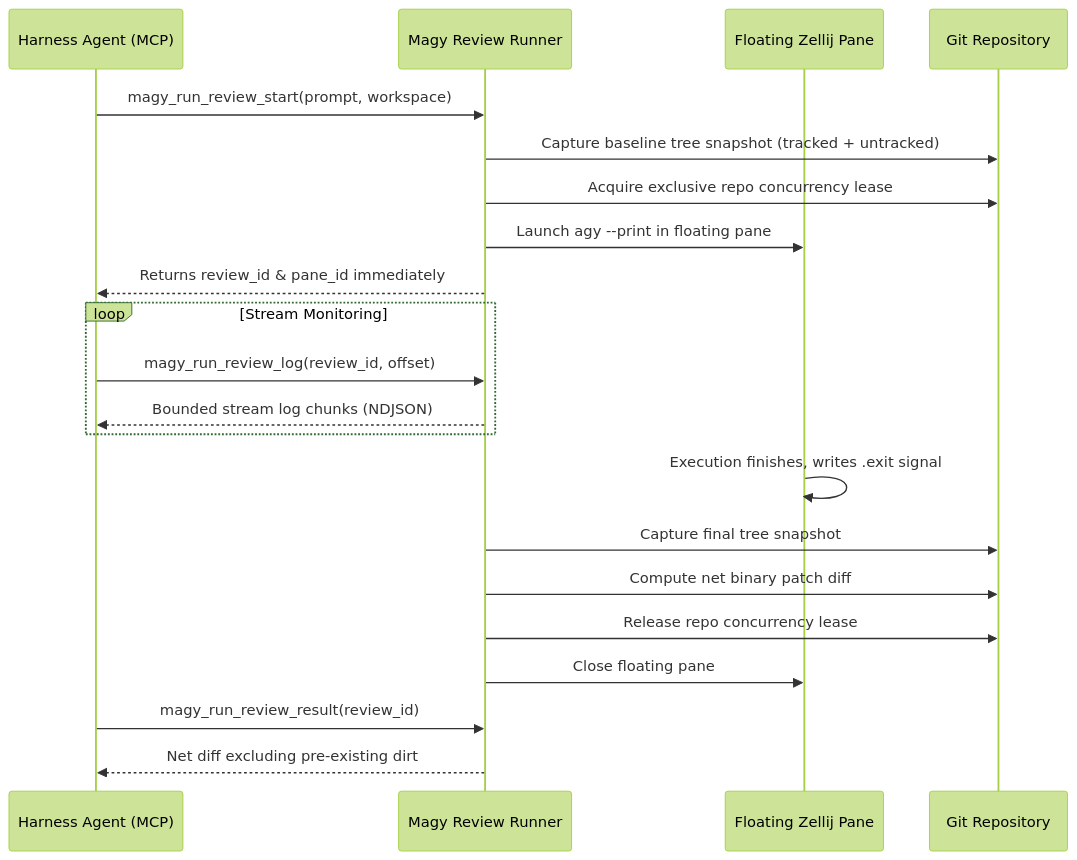
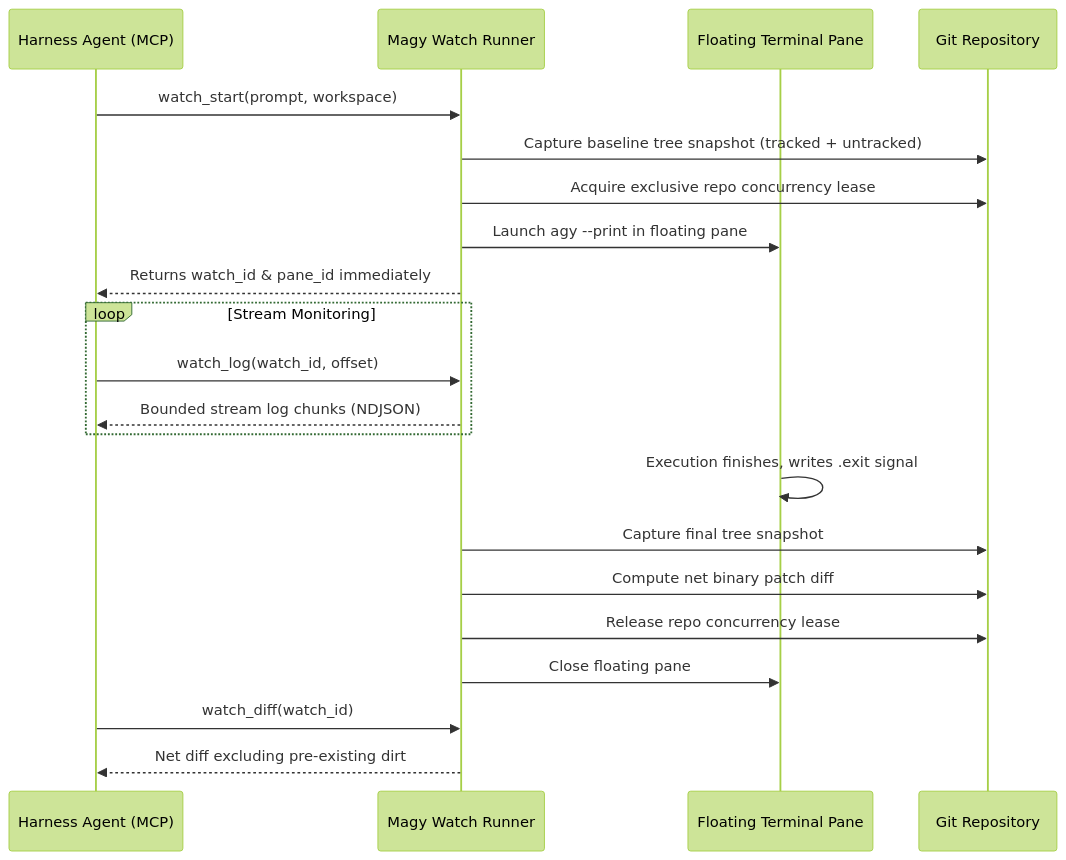
One commit to vufly/magy changed the second of 2 diagrams in docs/architecture/overview.md. Above: the diagram before and after it, drawn with Mermaid (forest theme). The commit also changed other lines of this file and 11 other files, not shown here.

Commit message:
refactor: eliminate review_* and legacy aliases in favor of watch_* domain

````diff
--- a/docs/architecture/overview.md
+++ b/docs/architecture/overview.md
@@ -148,27 +148,27 @@
 ```mermaid
 sequenceDiagram
     participant Agent as Harness Agent (MCP)
-    participant Magy as Magy Review Runner
-    participant Zellij as Floating Zellij Pane
+    participant Magy as Magy Watch Runner
+    participant Zellij as Floating Terminal Pane
     participant Git as Git Repository
     
-    Agent->>Magy: magy_run_review_start(prompt, workspace)
+    Agent->>Magy: watch_start(prompt, workspace)
     Magy->>Git: Capture baseline tree snapshot (tracked + untracked)
     Magy->>Git: Acquire exclusive repo concurrency lease
     Magy->>Zellij: Launch agy --print in floating pane
-    Magy-->>Agent: Returns review_id & pane_id immediately
+    Magy-->>Agent: Returns watch_id & pane_id immediately
     
     loop Stream Monitoring
-        Agent->>Magy: magy_run_review_log(review_id, offset)
+        Agent->>Magy: watch_log(watch_id, offset)
         Magy-->>Agent: Bounded stream log chunks (NDJSON)
     end
     
     Zellij->>Zellij: Execution finishes, writes .exit signal
     Magy->>Git: Capture final tree snapshot
     Magy->>Git: Compute net binary patch diff
     Magy->>Git: Release repo concurrency lease
     Magy->>Zellij: Close floating pane
     
-    Agent->>Magy: magy_run_review_result(review_id)
+    Agent->>Magy: watch_diff(watch_id)
     Magy-->>Agent: Net diff excluding pre-existing dirt
 ```
````
